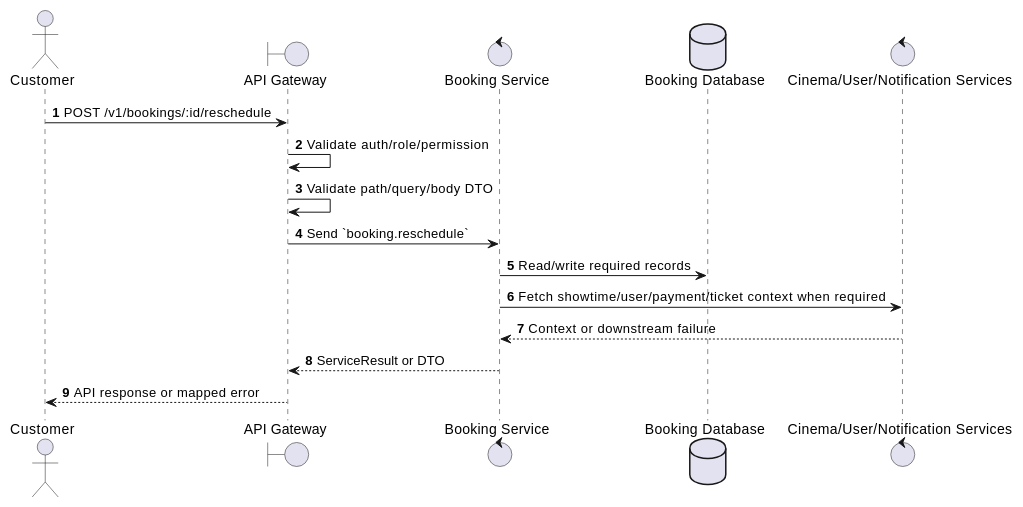
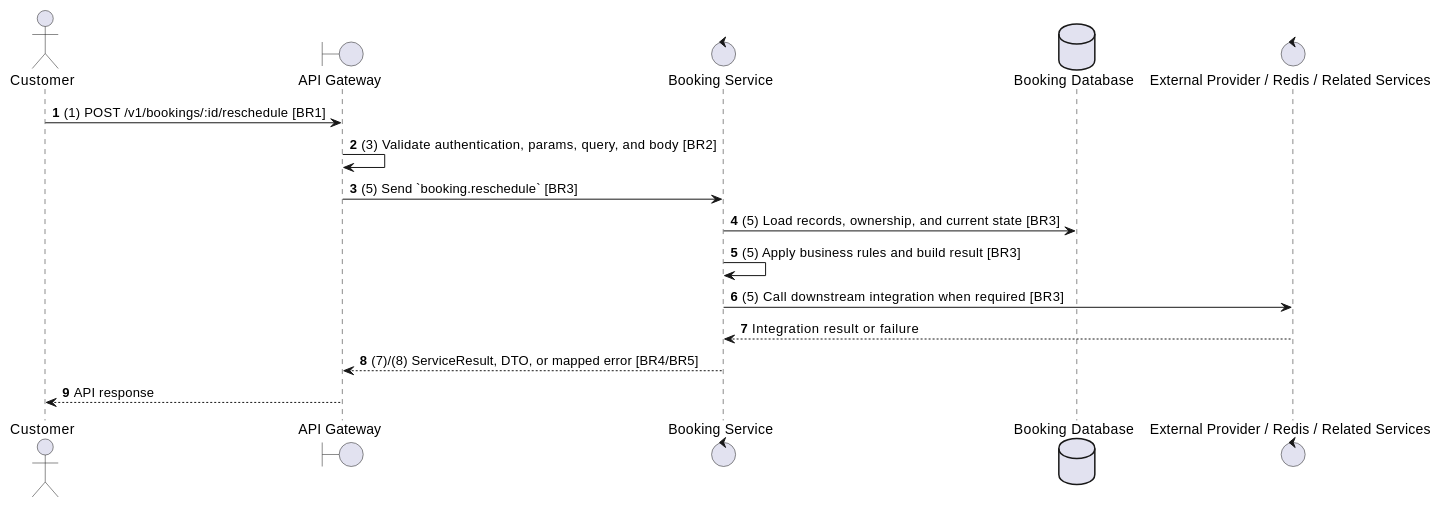
The second of 2 diagrams in docs/functional_specs/3.5.1_User_Booking_Operations/BK-07_Reschedule_Booking.md (Tanh1603/movie-hub-architecture), drawn with PlantUML before and after one commit. The commit also changed other lines of this file and 129 other files, not shown here.

````diff
--- a/docs/functional_specs/3.5.1_User_Booking_Operations/BK-07_Reschedule_Booking.md
+++ b/docs/functional_specs/3.5.1_User_Booking_Operations/BK-07_Reschedule_Booking.md
@@ -17,20 +64,20 @@
 ```plantuml
 @startuml
 autonumber
 actor "Customer" as Actor
 boundary "API Gateway" as GW
 control "Booking Service" as SVC
 database "Booking Database" as DB
-control "Cinema/User/Notification Services" as EXT
+control "External Provider / Redis / Related Services" as EXT
 
-Actor -> GW: POST /v1/bookings/:id/reschedule
-GW -> GW: Validate auth/role/permission
-GW -> GW: Validate path/query/body DTO
-GW -> SVC: Send `booking.reschedule`
-SVC -> DB: Read/write required records
-SVC -> EXT: Fetch showtime/user/payment/ticket context when required
-EXT --> SVC: Context or downstream failure
-SVC --> GW: ServiceResult or DTO
-GW --> Actor: API response or mapped error
+Actor -> GW: (1) POST /v1/bookings/:id/reschedule [BR1]
+GW -> GW: (3) Validate authentication, params, query, and body [BR2]
+GW -> SVC: (5) Send `booking.reschedule` [BR3]
+SVC -> DB: (5) Load records, ownership, and current state [BR3]
+SVC -> SVC: (5) Apply business rules and build result [BR3]
+SVC -> EXT: (5) Call downstream integration when required [BR3]
+EXT --> SVC: Integration result or failure
+SVC --> GW: (7)/(8) ServiceResult, DTO, or mapped error [BR4/BR5]
+GW --> Actor: API response
 @enduml
 ```
````
